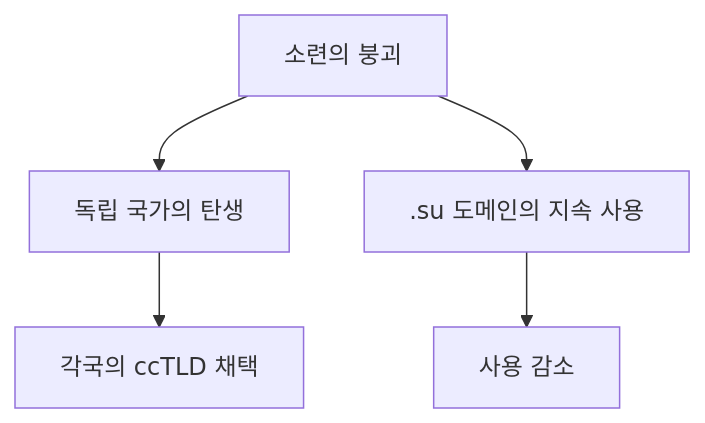
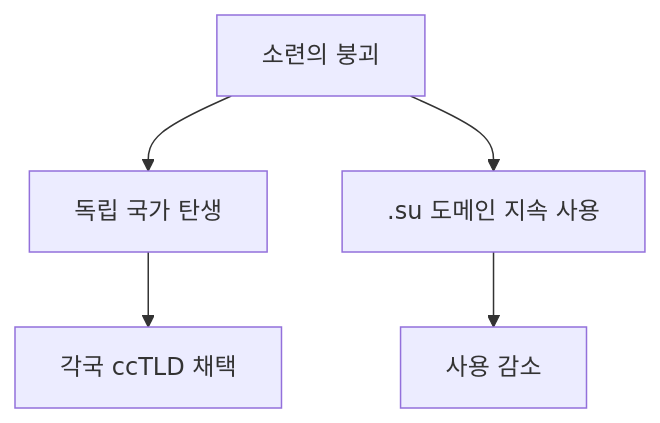
Before and after one commit to 42jerrykim/42jerrykim.github.io: the third of 12 diagrams in content/post/2024/2024-10-17-internet-io-domain/index.md, drawn with Mermaid. The commit also changed other lines of this file and 239 other files, not shown here.

````diff
--- a/content/post/2024/2024-10-17-internet-io-domain/index.md
+++ b/content/post/2024/2024-10-17-internet-io-domain/index.md
@@ -201,7 +172,12 @@
 ```mermaid
-graph TD;
-    A[소련의 붕괴] --> B[독립 국가의 탄생]
-    B --> C[각국의 ccTLD 채택]
-    A --> D[.su 도메인의 지속 사용]
-    D --> E[사용 감소]
+graph TD
+  USSRCollapse["소련의 붕괴"]
+  NewNations["독립 국가 탄생"]
+  CcTLDAdopt["각국 ccTLD 채택"]
+  SuContinued[".su 도메인 지속 사용"]
+  SuDecline["사용 감소"]
+  USSRCollapse --> NewNations
+  NewNations --> CcTLDAdopt
+  USSRCollapse --> SuContinued
+  SuContinued --> SuDecline
 ```
````
